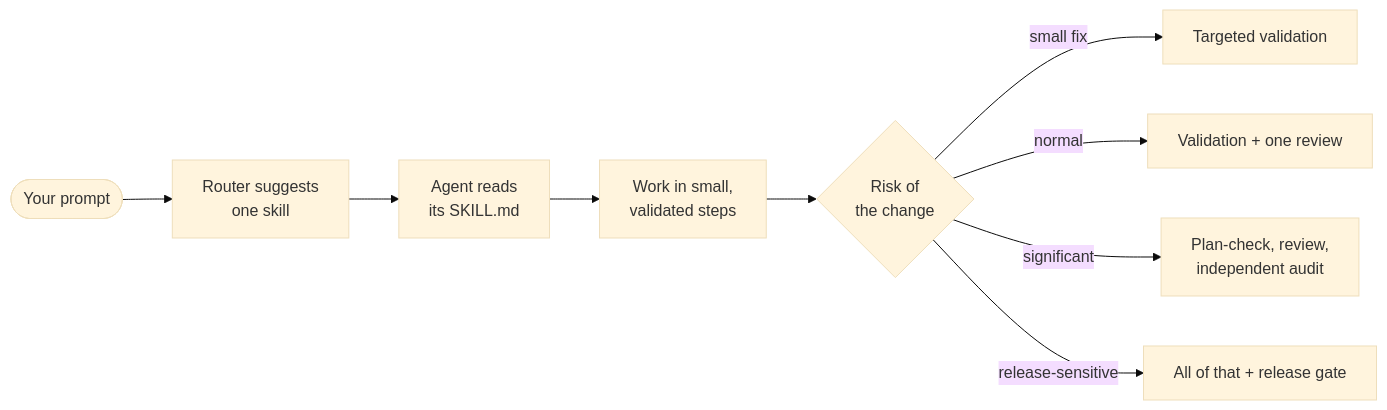
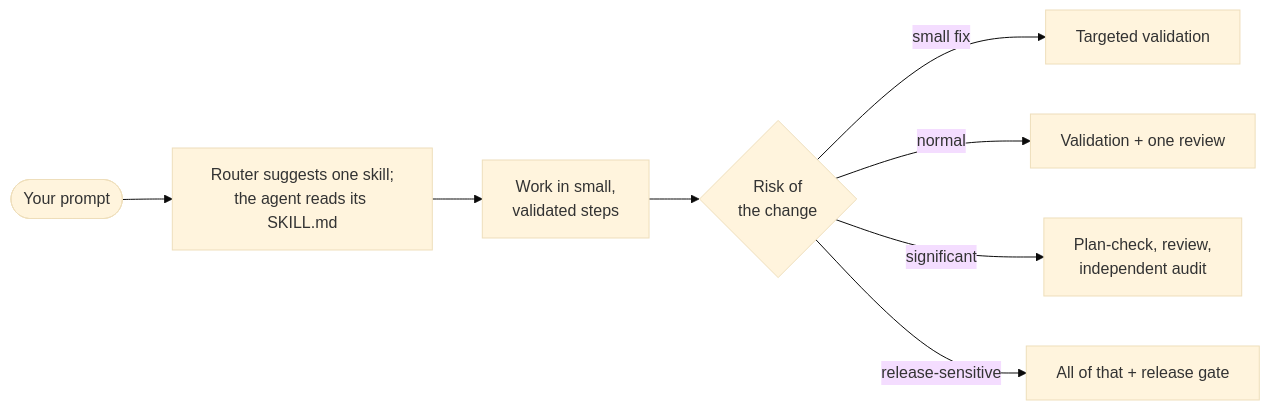
Before and after one commit to MarkBovee/agent-skills-kit: the diagram in README.md, drawn with Mermaid (base theme). The commit also changed other lines of this file, not shown here.

First line of the commit message:
docs(readme): make the audience table two-column and the diagram compact

````diff
--- a/README.md
+++ b/README.md
@@ -107,11 +108,10 @@
 ```mermaid
 flowchart LR
-    P([Your prompt]) --> R["Router suggests<br/>one skill"]
-    R --> S["Agent reads<br/>its SKILL.md"]
-    S --> W["Work in small,<br/>validated steps"]
+    P([Your prompt]) --> R["Router suggests one skill;<br/>the agent reads its SKILL.md"]
+    R --> W["Work in small,<br/>validated steps"]
     W --> K{"Risk of<br/>the change"}
     K -->|small fix| A["Targeted validation"]
     K -->|normal| B["Validation + one review"]
     K -->|significant| C["Plan-check, review,<br/>independent audit"]
     K -->|release-sensitive| D["All of that + release gate"]
 ```
````
